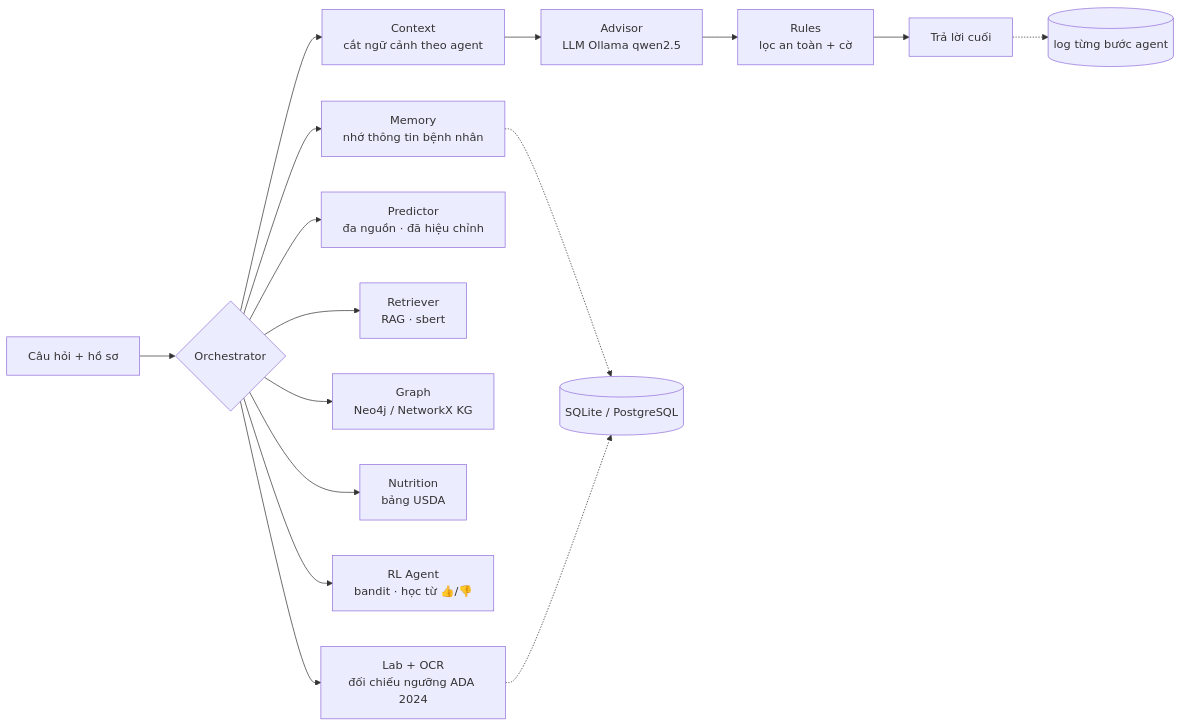
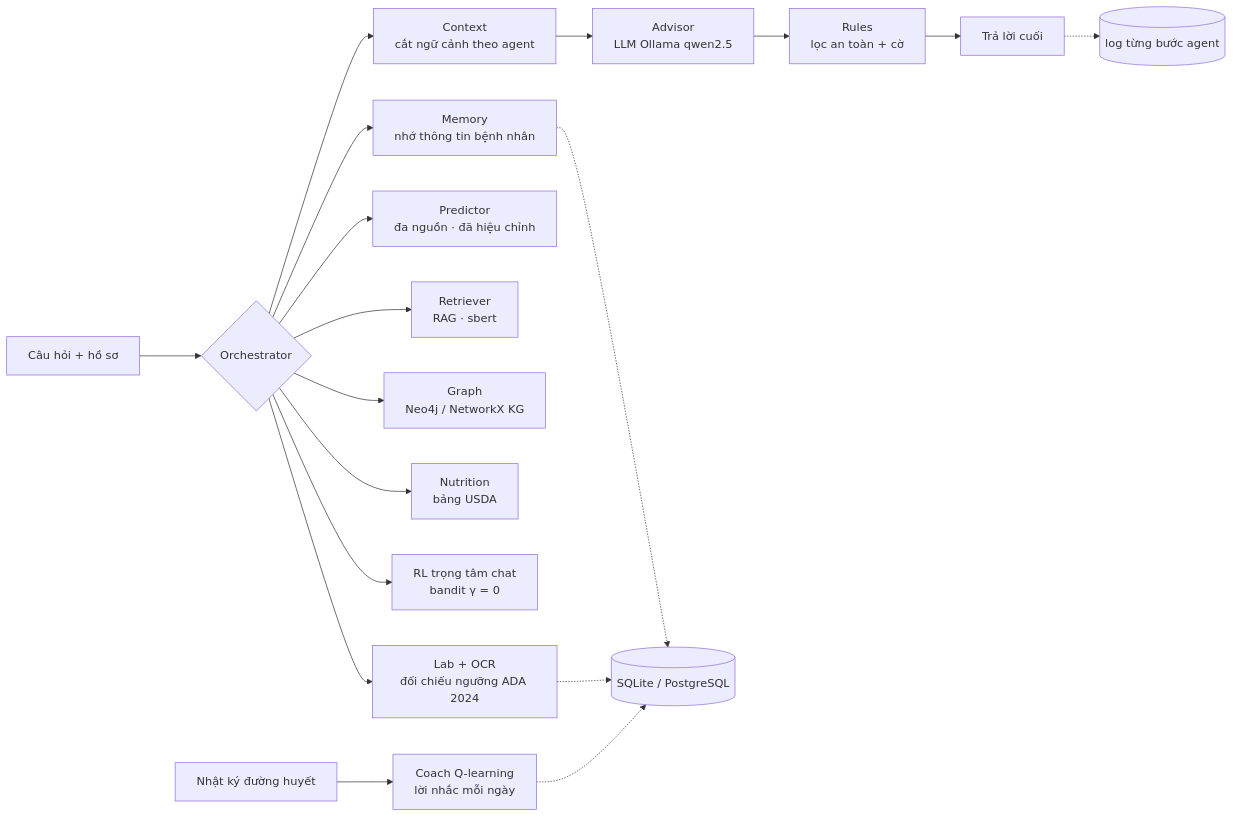
The diagram in README.md (lyhaiquan/diabet-agent), drawn with Mermaid before and after one commit. The commit also changed other lines of this file and 22 other files, not shown here.

First line of the commit message:
Coach Q-learning nhắc việc hằng ngày, dữ liệu mô phỏng 30 bệnh nhân

````diff
--- a/README.md
+++ b/README.md
@@ -15,17 +15,19 @@
 ```mermaid
 flowchart LR
     Q[Câu hỏi + hồ sơ] --> O{Orchestrator}
     O --> M[Memory<br/>nhớ thông tin bệnh nhân]
     O --> L[Lab + OCR<br/>đối chiếu ngưỡng ADA 2024]
     O --> P[Predictor<br/>đa nguồn · đã hiệu chỉnh]
     O --> R[Retriever<br/>RAG · sbert]
     O --> G[Graph<br/>Neo4j / NetworkX KG]
     O --> N[Nutrition<br/>bảng USDA]
-    O --> RL[RL Agent<br/>bandit · học từ 👍/👎]
+    O --> RL[RL trọng tâm chat<br/>bandit γ = 0]
     O --> C[Context<br/>cắt ngữ cảnh theo agent]
     C --> A[Advisor<br/>LLM Ollama qwen2.5]
     A --> RU[Rules<br/>lọc an toàn + cờ]
     RU --> F[Trả lời cuối]
     M & L -.-> DB[(SQLite / PostgreSQL)]
     F -.-> LOG[(log từng bước agent)]
+    J[Nhật ký đường huyết] --> QC[Coach Q-learning<br/>lời nhắc mỗi ngày]
+    QC -.-> DB
 ```
````
